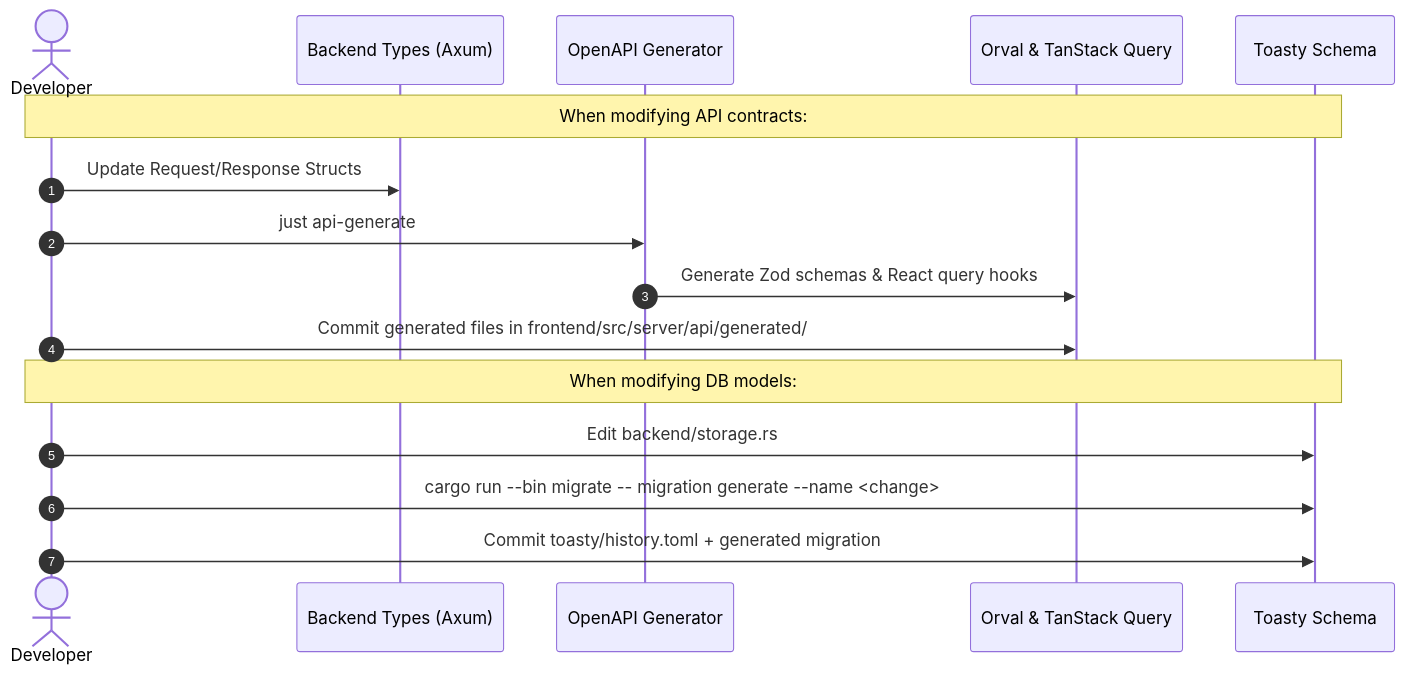
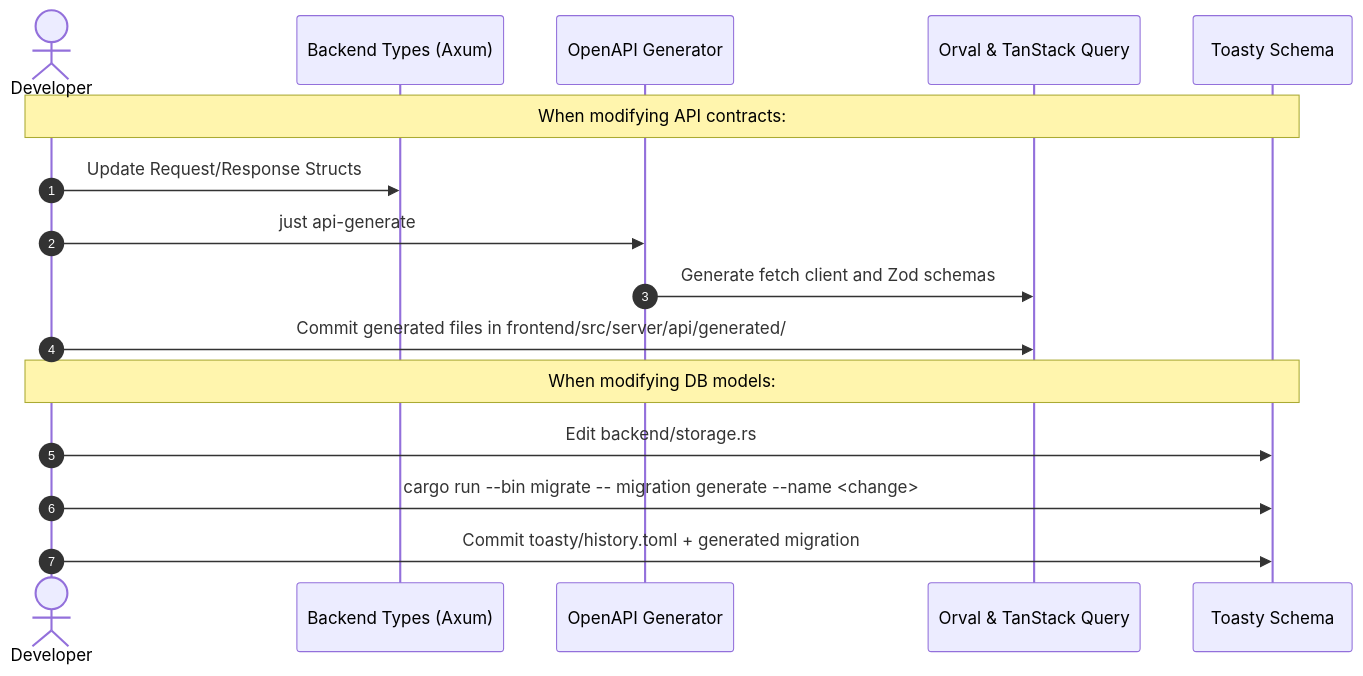
Before and after one commit to Delnegend/zero-g: the second of 2 diagrams in docs/development.md, drawn with Mermaid. The commit also changed other lines of this file and 18 other files, not shown here.

````diff
--- a/docs/development.md
+++ b/docs/development.md
@@ -63,20 +66,20 @@
 ```mermaid
 sequenceDiagram
     autonumber
     actor Dev as Developer
     participant Rust as Backend Types (Axum)
     participant Spec as OpenAPI Generator
     participant Client as Orval & TanStack Query
     participant DB as Toasty Schema
 
     Note over Dev,DB: When modifying API contracts:
     Dev->>Rust: Update Request/Response Structs
     Dev->>Spec: just api-generate
-    Spec->>Client: Generate Zod schemas & React query hooks
+    Spec->>Client: Generate fetch client and Zod schemas
     Dev->>Client: Commit generated files in frontend/src/server/api/generated/
 
     Note over Dev,DB: When modifying DB models:
     Dev->>DB: Edit backend/storage.rs
     Dev->>DB: cargo run --bin migrate -- migration generate --name <change>
     Dev->>DB: Commit toasty/history.toml + generated migration
 ```
````
